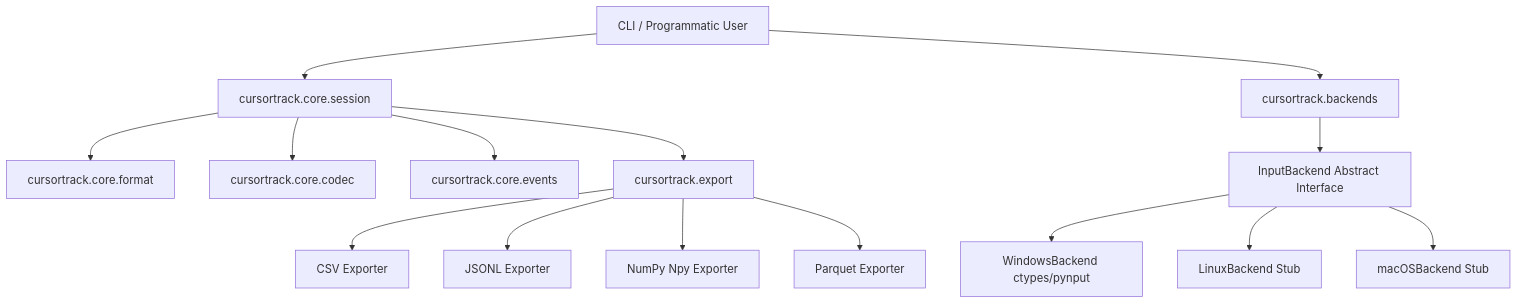
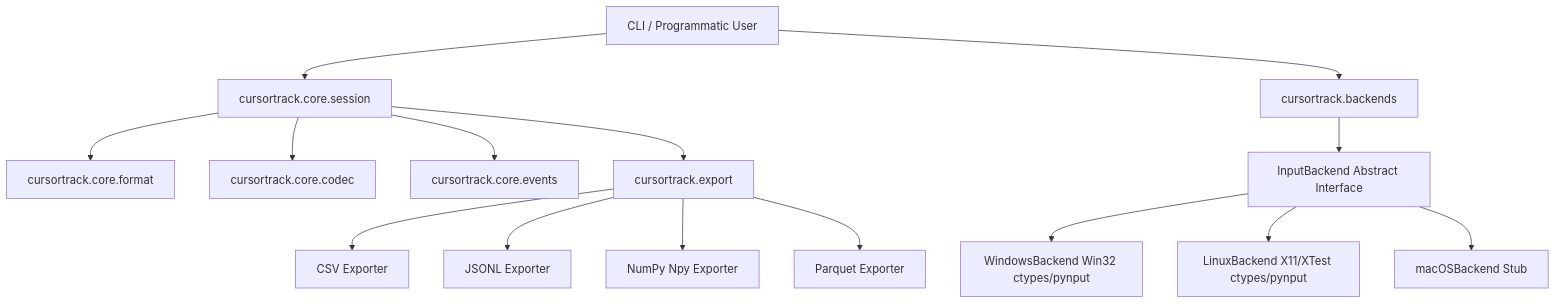
One commit to mynkpdr/cursortrack changed the diagram in docs/architecture.md. Above: the diagram before and after it, drawn with Mermaid. The commit also changed other lines of this file and 3 other files, not shown here.

First line of the commit message:
docs: document Linux X11 support across README, architecture, and roadmap

````diff
--- a/docs/architecture.md
+++ b/docs/architecture.md
@@ -9,19 +9,19 @@
 ```mermaid
 graph TD
     A[CLI / Programmatic User] --> B[cursortrack.core.session]
     B --> C[cursortrack.core.format]
     B --> D[cursortrack.core.codec]
     B --> E[cursortrack.core.events]
     
     A --> F[cursortrack.backends]
     F --> G[InputBackend Abstract Interface]
-    G --> H[WindowsBackend ctypes/pynput]
-    G --> I[LinuxBackend Stub]
+    G --> H[WindowsBackend Win32 ctypes/pynput]
+    G --> I[LinuxBackend X11/XTest ctypes/pynput]
     G --> J[macOSBackend Stub]
 
     B --> K[cursortrack.export]
     K --> L[CSV Exporter]
     K --> M[JSONL Exporter]
     K --> N[NumPy Npy Exporter]
     K --> O[Parquet Exporter]
 ```
````
